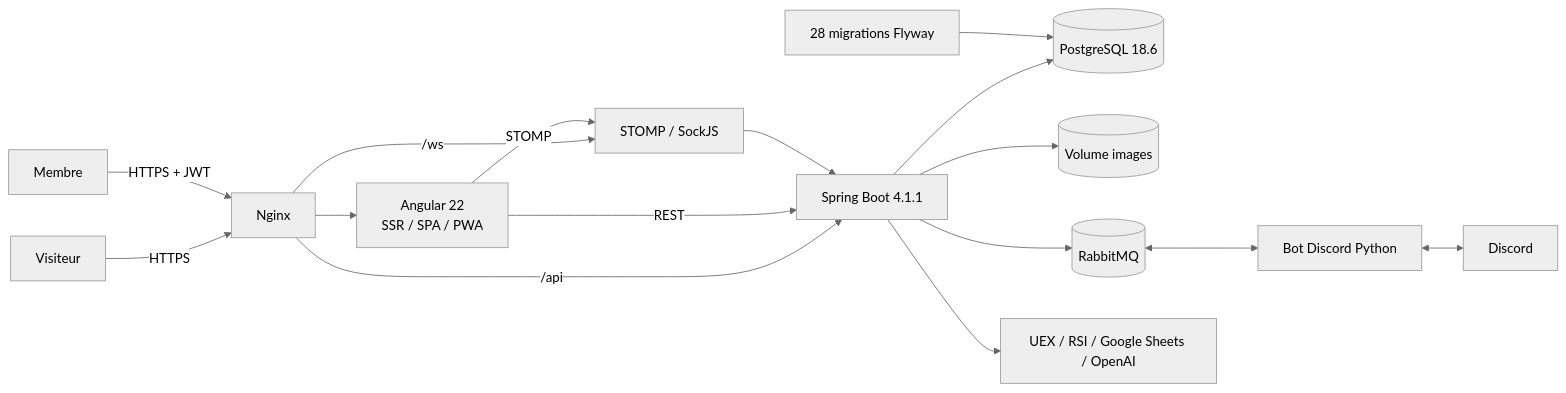
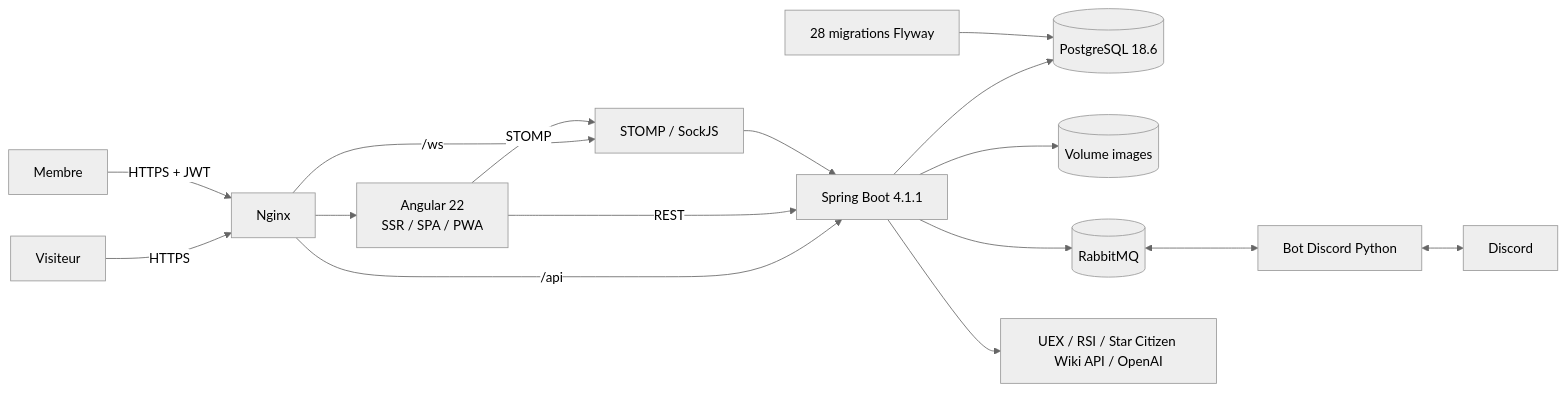
The first of 5 diagrams in docs/ARCHITECTURE.md (Kralone/Icy), drawn with Mermaid (neutral theme) before and after one commit. The commit also changed 28 other files, not shown here.

````diff
--- a/docs/ARCHITECTURE.md
+++ b/docs/ARCHITECTURE.md
@@ -7,18 +7,18 @@
 ```mermaid
 flowchart LR
     Visitor[Visiteur] -->|HTTPS| Edge[Nginx]
     Member[Membre] -->|HTTPS + JWT| Edge
     Edge --> Angular[Angular 22\nSSR / SPA / PWA]
     Edge -->|/api| API[Spring Boot 4.1.1]
     Edge -->|/ws| WS[STOMP / SockJS]
     Angular -->|REST| API
     Angular -->|STOMP| WS
     WS --> API
     API --> PG[(PostgreSQL 18.6)]
     Flyway[28 migrations Flyway] --> PG
     API --> Images[(Volume images)]
     API --> Rabbit[(RabbitMQ)]
     Rabbit <--> Bot[Bot Discord Python]
     Bot <--> Discord[Discord]
-    API --> External[UEX / RSI / Google Sheets / OpenAI]
+    API --> External[UEX / RSI / Star Citizen Wiki API / OpenAI]
 ```
````
